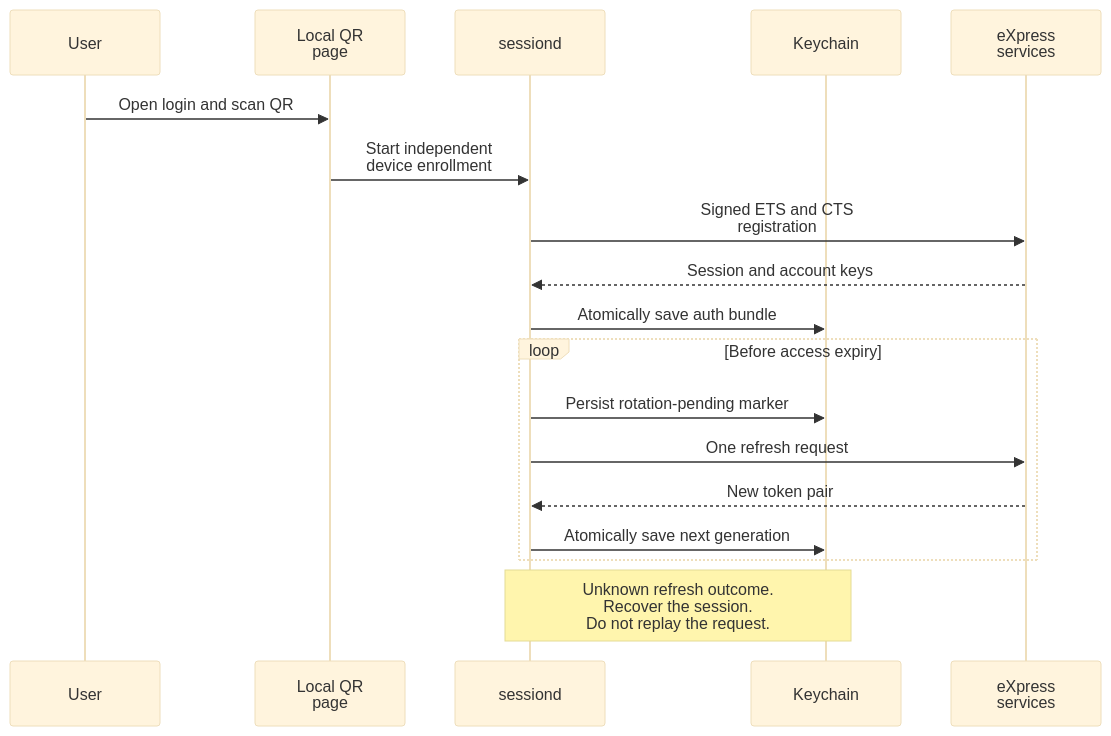
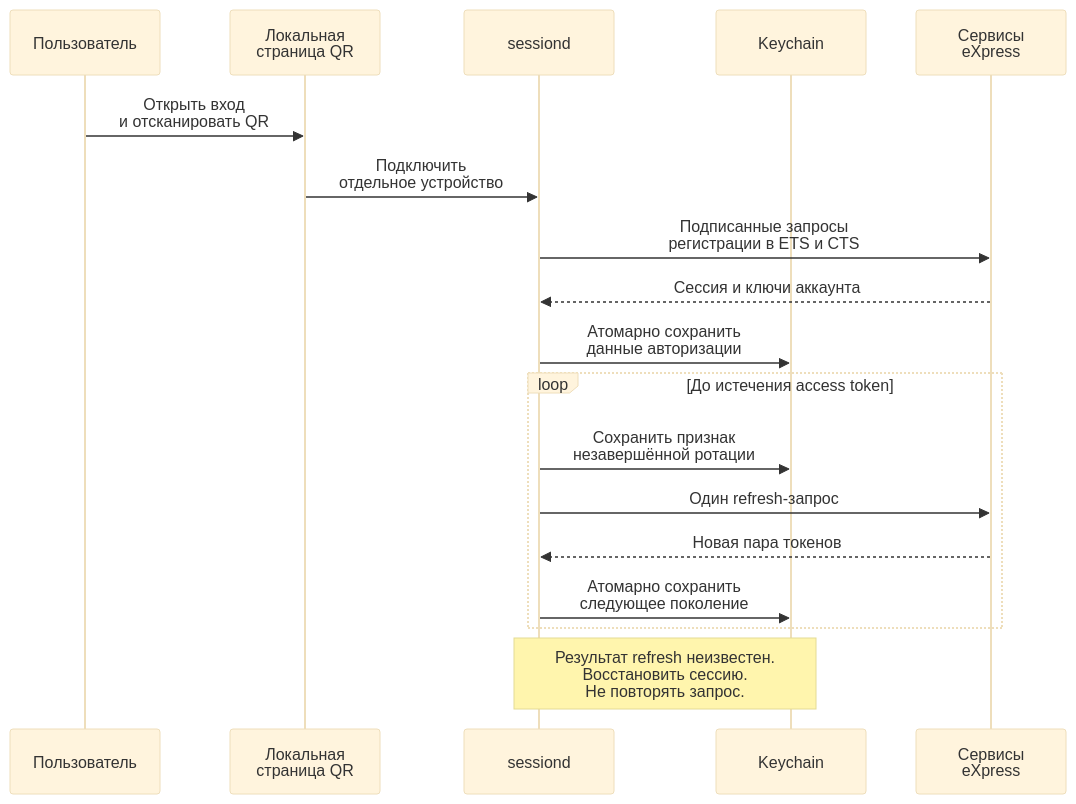
One commit to artdaal/express-mcp changed the diagram in docs/diagrams/authentication.mmd. Above: the diagram before and after it, drawn with Mermaid (base theme). The commit also changed 5 other files, not shown here.

Commit message:
Translate README and architecture diagrams into Russian

```diff
--- a/docs/diagrams/authentication.mmd
+++ b/docs/diagrams/authentication.mmd
@@ -1,18 +1,18 @@
 sequenceDiagram
-  participant User
-  participant UI as Local QR<br/>page
+  participant User as Пользователь
+  participant UI as Локальная<br/>страница QR
   participant Broker as sessiond
   participant Store as Keychain
-  participant Service as eXpress<br/>services
-  User->>UI: Open login and scan QR
-  UI->>Broker: Start independent<br/>device enrollment
-  Broker->>Service: Signed ETS and CTS<br/>registration
-  Service-->>Broker: Session and account keys
-  Broker->>Store: Atomically save auth bundle
-  loop Before access expiry
-    Broker->>Store: Persist rotation-pending marker
-    Broker->>Service: One refresh request
-    Service-->>Broker: New token pair
-    Broker->>Store: Atomically save next generation
+  participant Service as Сервисы<br/>eXpress
+  User->>UI: Открыть вход<br/>и отсканировать QR
+  UI->>Broker: Подключить<br/>отдельное устройство
+  Broker->>Service: Подписанные запросы<br/>регистрации в ETS и CTS
+  Service-->>Broker: Сессия и ключи аккаунта
+  Broker->>Store: Атомарно сохранить<br/>данные авторизации
+  loop До истечения access token
+    Broker->>Store: Сохранить признак<br/>незавершённой ротации
+    Broker->>Service: Один refresh-запрос
+    Service-->>Broker: Новая пара токенов
+    Broker->>Store: Атомарно сохранить<br/>следующее поколение
   end
-  Note over Broker,Store: Unknown refresh outcome.<br/>Recover the session.<br/>Do not replay the request.
+  Note over Broker,Store: Результат refresh неизвестен.<br/>Восстановить сессию.<br/>Не повторять запрос.
```
